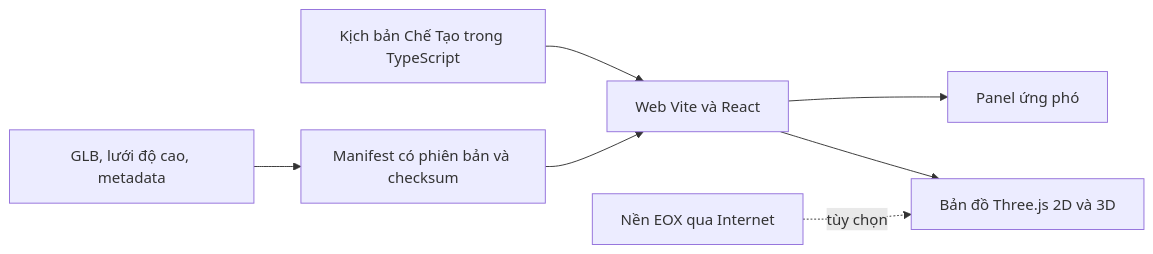
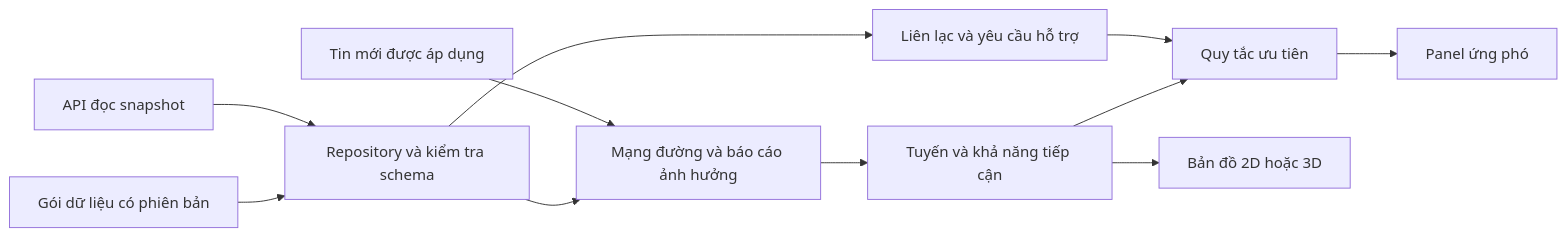
The diagram in docs/architecture/overview.md (Mrnobody102/unisec), drawn with Mermaid before and after one commit. The commit also changed other lines of this file and 17 other files, not shown here.

````diff
--- a/docs/architecture/overview.md
+++ b/docs/architecture/overview.md
@@ -7,9 +20,13 @@
 ```mermaid
 flowchart LR
-    A[Kịch bản Chế Tạo trong TypeScript] --> C[Web Vite và React]
-    B[Manifest có phiên bản và checksum] --> C
-    G[GLB, lưới độ cao, metadata] --> B
-    C --> D[Panel ứng phó]
-    C --> E[Bản đồ Three.js 2D và 3D]
-    F[Nền EOX qua Internet] -. tùy chọn .-> E
+    A[Gói dữ liệu có phiên bản] --> B[Repository và kiểm tra schema]
+    C[API đọc snapshot] --> B
+    B --> D[Mạng đường và báo cáo ảnh hưởng]
+    D --> E[Tuyến và khả năng tiếp cận]
+    B --> F[Liên lạc và yêu cầu hỗ trợ]
+    E --> G[Quy tắc ưu tiên]
+    F --> G
+    G --> H[Panel ứng phó]
+    E --> I[Bản đồ 2D hoặc 3D]
+    J[Tin mới được áp dụng] --> D
 ```
````
